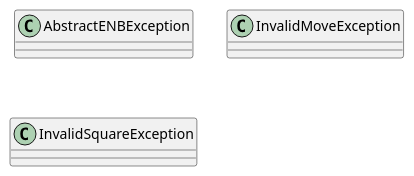
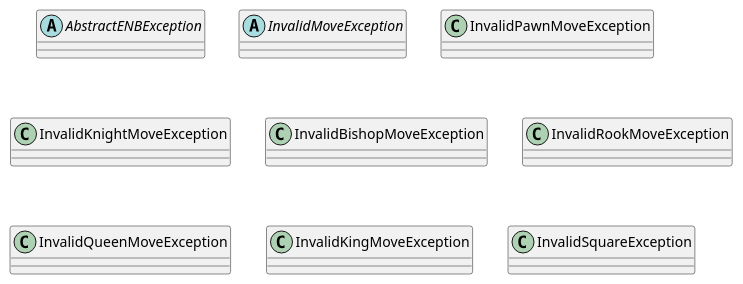
The diagram in uml/analysisExceptions.puml (Sttanyanz/endgame-notebook), drawn with PlantUML before and after one commit.

Commit message:
docs: new exceptions added to documentation

```diff
--- a/uml/analysisExceptions.puml
+++ b/uml/analysisExceptions.puml
@@ -1,8 +1,15 @@
 @startuml
 
-class AbstractENBException
-class InvalidMoveException
+abstract class AbstractENBException
+abstract class InvalidMoveException
+class InvalidPawnMoveException
+class InvalidKnightMoveException
+class InvalidBishopMoveException
+class InvalidRookMoveException
+class InvalidQueenMoveException
+class InvalidKingMoveException
+
 class InvalidSquareException
 
 
 @enduml
```
